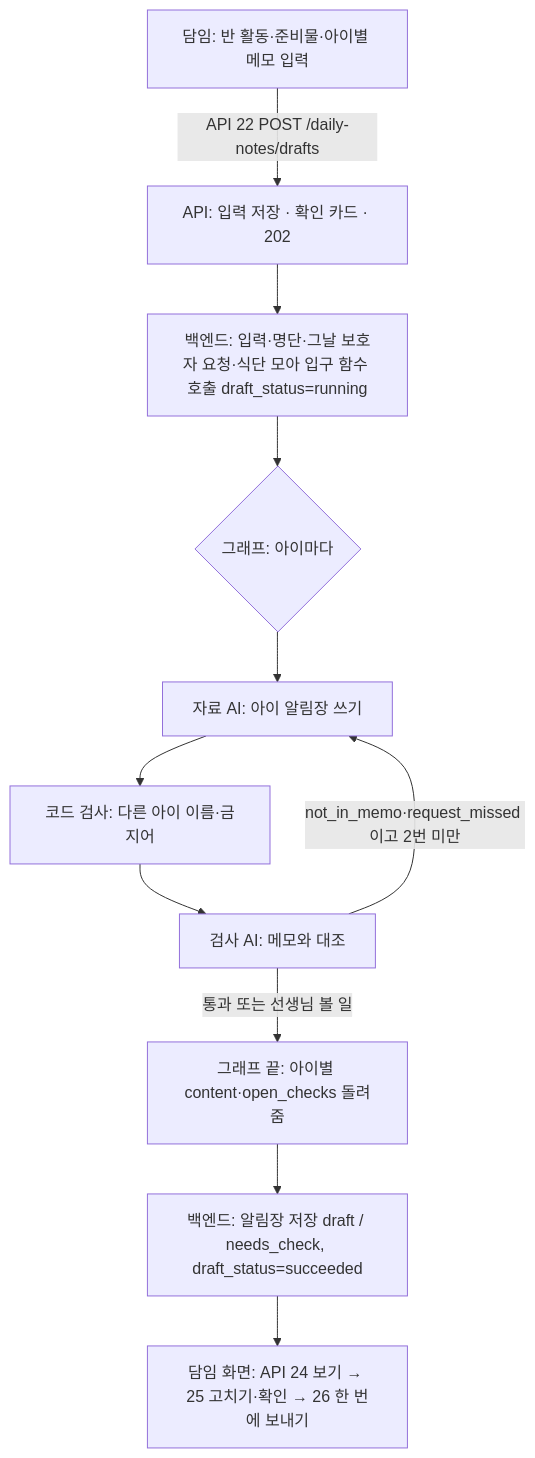
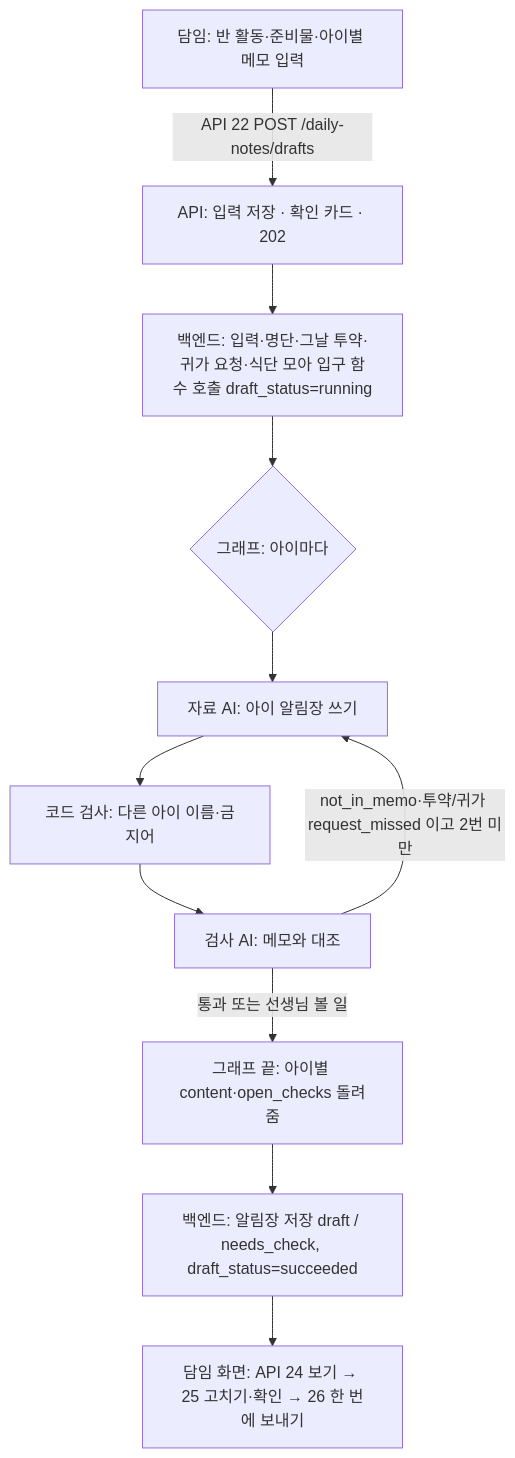
One commit to aio-final-2team/FinalProject_2Team changed the diagram in Docs/Step2/알림장_에이전트_흐름.md. Above: the diagram before and after it, drawn with Mermaid. The commit also changed other lines of this file and 6 other files, not shown here.

````diff
--- a/Docs/Step2/알림장_에이전트_흐름.md
+++ b/Docs/Step2/알림장_에이전트_흐름.md
@@ -13,13 +13,13 @@
 ```mermaid
 flowchart TD
     A[담임: 반 활동·준비물·아이별 메모 입력] -->|API 22 POST /daily-notes/drafts| B[API: 입력 저장 · 확인 카드 · 202]
-    B --> C[백엔드: 입력·명단·그날 보호자 요청·식단 모아 입구 함수 호출 draft_status=running]
+    B --> C[백엔드: 입력·명단·그날 투약·귀가 요청·식단 모아 입구 함수 호출 draft_status=running]
     C --> F{그래프: 아이마다}
     F --> G[자료 AI: 아이 알림장 쓰기]
     G --> H[코드 검사: 다른 아이 이름·금지어]
     H --> I[검사 AI: 메모와 대조]
-    I -->|not_in_memo·request_missed 이고 2번 미만| G
+    I -->|not_in_memo·투약/귀가 request_missed 이고 2번 미만| G
     I -->|통과 또는 선생님 볼 일| J[그래프 끝: 아이별 content·open_checks 돌려줌]
     J --> K[백엔드: 알림장 저장 draft / needs_check, draft_status=succeeded]
     K --> L[담임 화면: API 24 보기 → 25 고치기·확인 → 26 한 번에 보내기]
 ```
````
